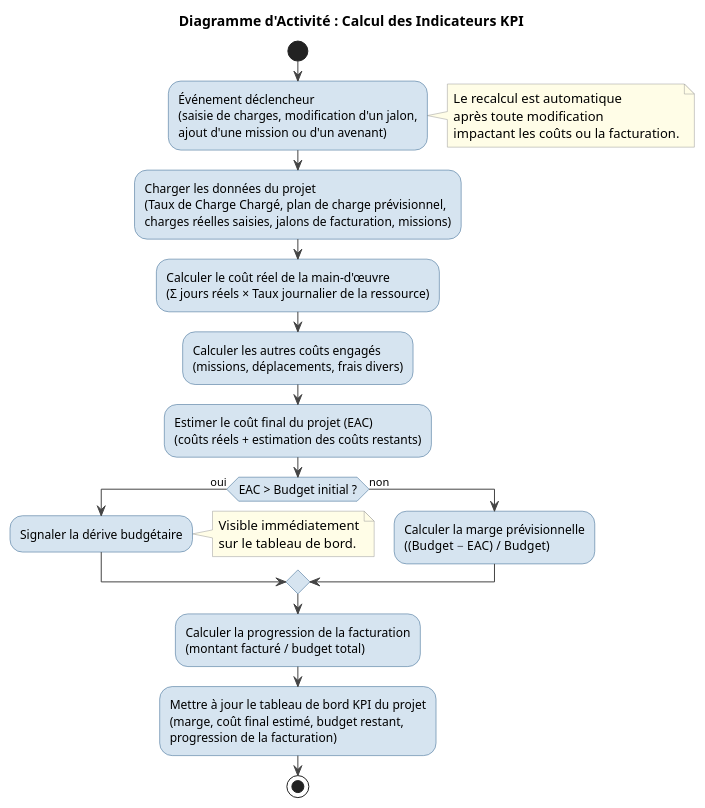
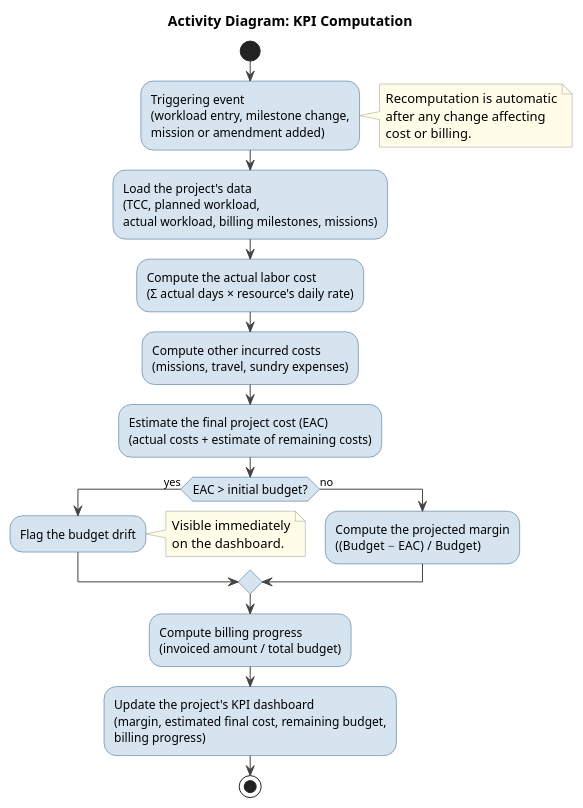
The diagram in docs/uml/engineering/07-act-kpi-recompute.puml (mazenrakrouki/tekup-pms-platform), drawn with PlantUML before and after one commit. The commit also changed 72 other files, not shown here.

```diff
--- a/docs/uml/engineering/07-act-kpi-recompute.puml
+++ b/docs/uml/engineering/07-act-kpi-recompute.puml
@@ -1,52 +1,41 @@
 @startuml act_kpi_recompute
-title Diagramme d'Activité : Calcul des Indicateurs KPI
+title Activity Diagram: KPI Computation
 
 skinparam shadowing false
 skinparam activityBackgroundColor #D6E4F0
 skinparam activityBorderColor #2C5F8A
 skinparam activityFontName Helvetica
 skinparam activityFontSize 12
 skinparam defaultFontName Helvetica
 skinparam ArrowColor #444444
 skinparam noteBorderColor #999999
 skinparam noteBackgroundColor #FFFDE7
 
 start
 
-:Événement déclencheur
-(saisie de charges, modification d'un jalon,
-ajout d'une mission ou d'un avenant);
+:Triggering event\n(workload entry, milestone change,\nmission or amendment added);
 
-note right : Le recalcul est automatique\naprès toute modification\nimpactant les coûts ou la facturation.
+note right : Recomputation is automatic\nafter any change affecting\ncost or billing.
 
-:Charger les données du projet
-(Taux de Charge Chargé, plan de charge prévisionnel,
-charges réelles saisies, jalons de facturation, missions);
+:Load the project's data\n(TCC, planned workload,\nactual workload, billing milestones, missions);
 
-:Calculer le coût réel de la main-d'œuvre
-(Σ jours réels × Taux journalier de la ressource);
+:Compute the actual labor cost\n(Σ actual days × resource's daily rate);
 
-:Calculer les autres coûts engagés
-(missions, déplacements, frais divers);
+:Compute other incurred costs\n(missions, travel, sundry expenses);
 
-:Estimer le coût final du projet (EAC)
-(coûts réels + estimation des coûts restants);
+:Estimate the final project cost (EAC)\n(actual costs + estimate of remaining costs);
 
-if (EAC > Budget initial ?) then (oui)
-  :Signaler la dérive budgétaire;
-  note right : Visible immédiatement\nsur le tableau de bord.
-else (non)
-  :Calculer la marge prévisionnelle
-  ((Budget − EAC) / Budget);
+if (EAC > initial budget?) then (yes)
+  :Flag the budget drift;
+  note right : Visible immediately\non the dashboard.
+else (no)
+  :Compute the projected margin\n((Budget − EAC) / Budget);
 endif
 
-:Calculer la progression de la facturation
-(montant facturé / budget total);
+:Compute billing progress\n(invoiced amount / total budget);
 
-:Mettre à jour le tableau de bord KPI du projet
-(marge, coût final estimé, budget restant,
-progression de la facturation);
+:Update the project's KPI dashboard\n(margin, estimated final cost, remaining budget,\nbilling progress);
 
 stop
 
 @enduml
```
